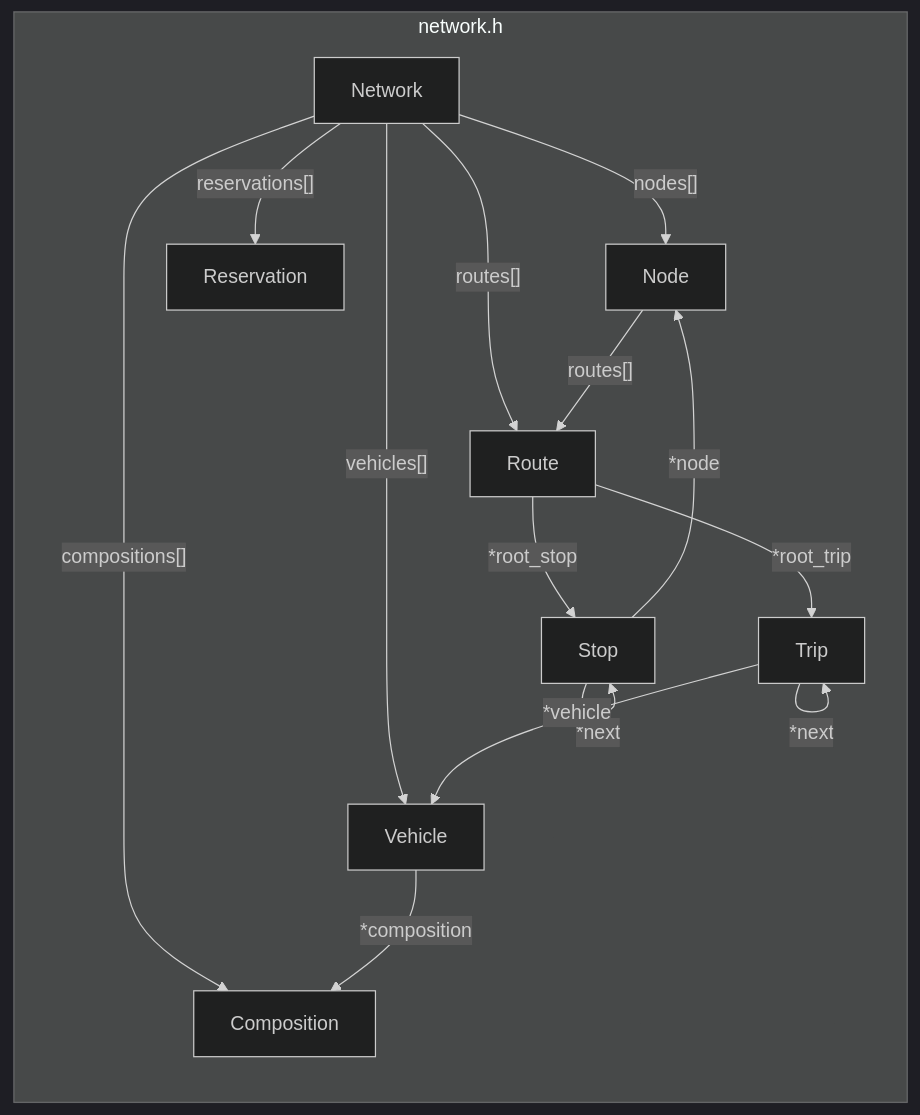
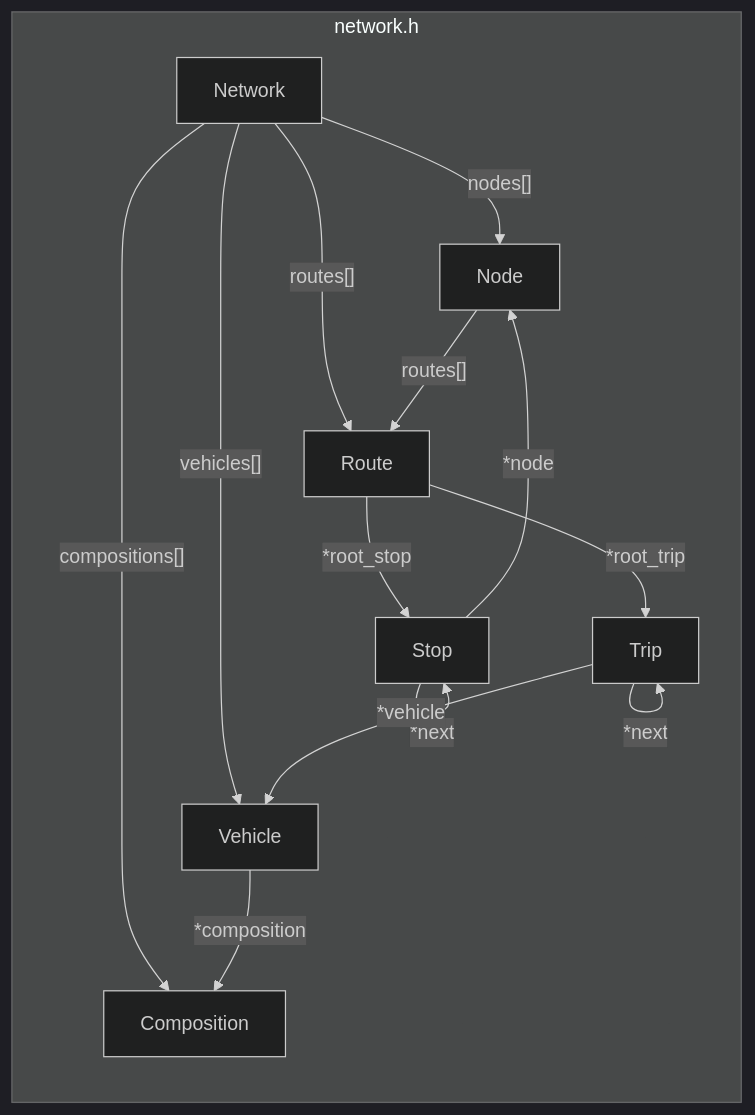
Before and after one commit to maptic/osurs: the second of 5 diagrams in README.md, drawn with Mermaid (dark theme). The commit also changed 9 other files, not shown here.

````diff
--- a/README.md
+++ b/README.md
@@ -33,19 +33,18 @@
 ```mermaid
 graph LR;
   subgraph network.h;
     Network-->|"nodes[]"|Node;
     Network-->|"routes[]"|Route;
     Network-->|"compositions[]"|Composition;
     Network-->|"vehicles[]"|Vehicle;
-    Network-->|"reservations[]"|Reservation;
     Route-->|*root_stop|Stop;
     Stop-->|*prev|Stop;
     Stop-->|*next|Stop;
     Route-->|*root_trip|Trip;
     Trip-->|*next|Trip;
     Node-->|"routes[]"|Route;
     Stop-->|*node|Node;
     Trip-->|*vehicle|Vehicle;
     Vehicle-->|*composition|Composition;
   end;
 ```
````
